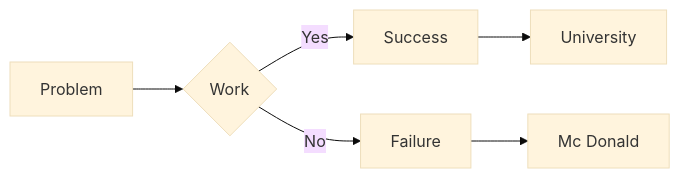
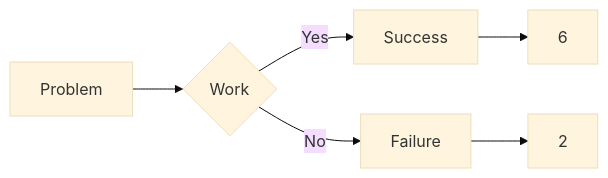
Before and after one commit to OC-informatique/python-markdown-theme-global: the diagram in README.md, drawn with Mermaid (base theme).

````diff
--- a/README.md
+++ b/README.md
@@ -3,8 +3,8 @@
 ```mermaid
 graph LR
   A[Problem] --> B{Work}
   B -->|Yes| C[Success]
   B -->|No| D[Failure]
-  C --> E[University]
-  D --> G[Mc Donald]
+  C --> E[6]
+  D --> G[2]
 ```
````
